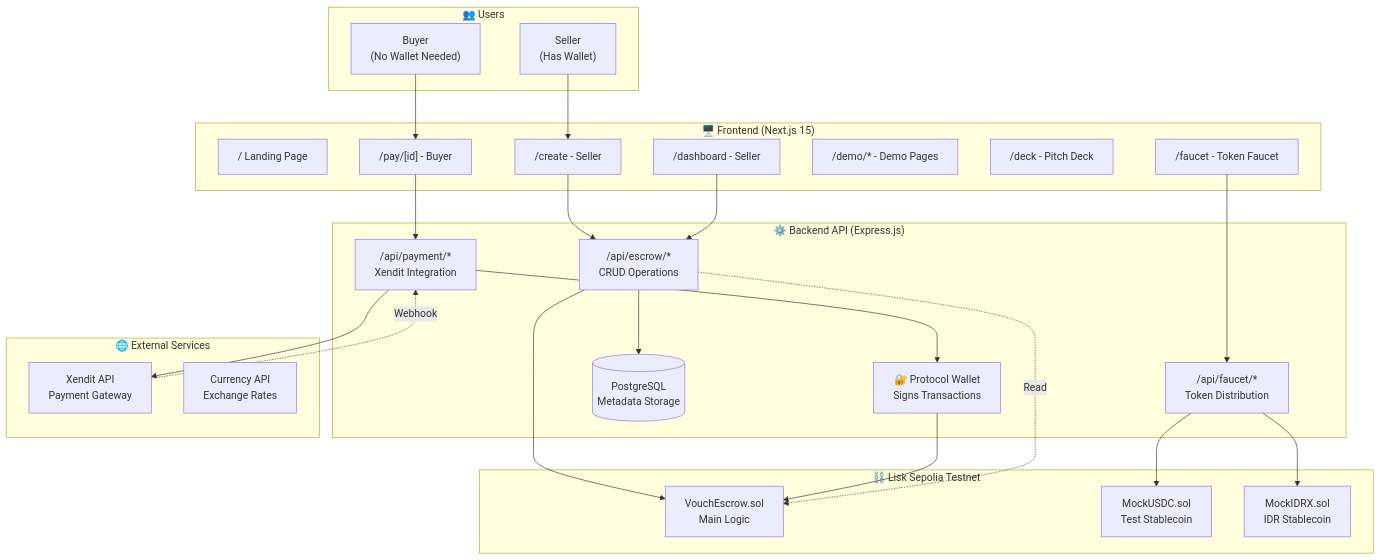
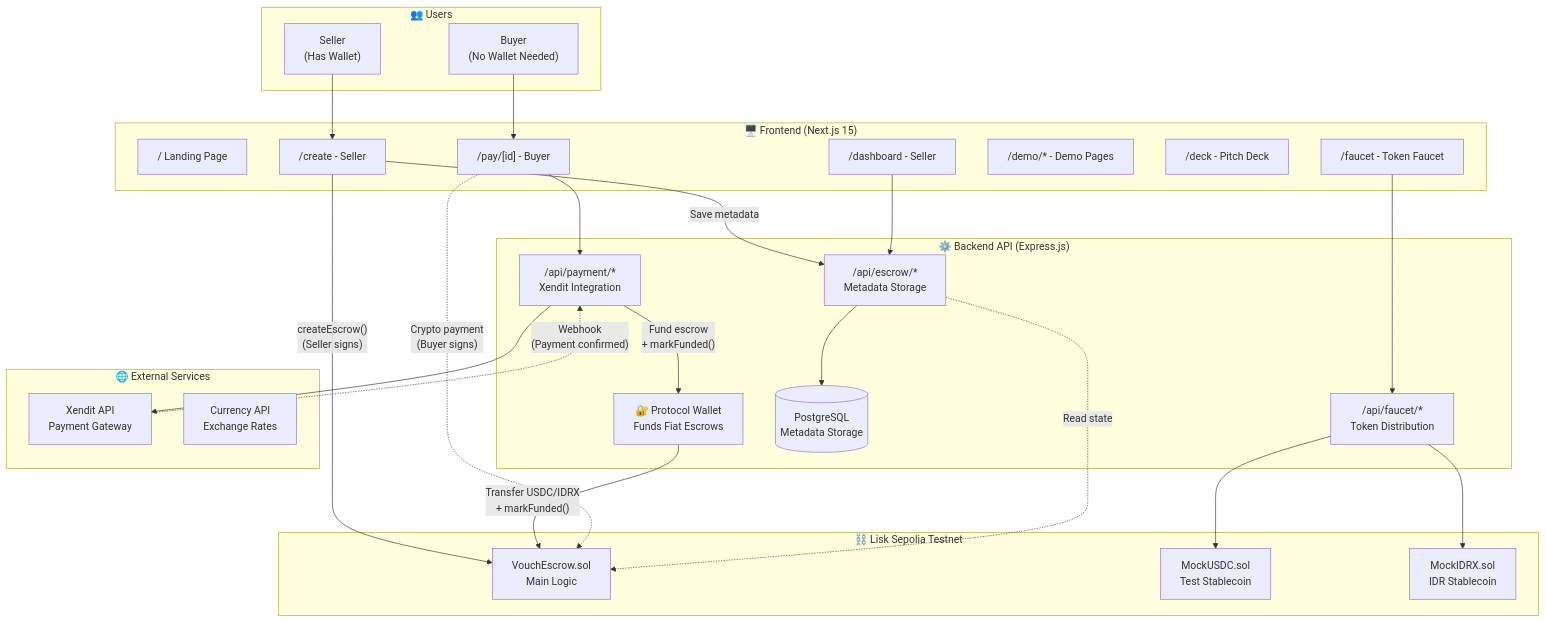
Before and after one commit to pramadanif/vouch: the first of 4 diagrams in README.md, drawn with Mermaid. The commit also changed other lines of this file, not shown here.

````diff
--- a/README.md
+++ b/README.md
@@ -120,56 +120,61 @@
 ```mermaid
 graph TB
     subgraph Users["👥 Users"]
         Seller["Seller<br/>(Has Wallet)"]
         Buyer["Buyer<br/>(No Wallet Needed)"]
     end
 
     subgraph Frontend["🖥️ Frontend (Next.js 15)"]
         Landing["/ Landing Page"]
         Create["/create - Seller"]
         Pay["/pay/[id] - Buyer"]
         Dashboard["/dashboard - Seller"]
         Demo["/demo/* - Demo Pages"]
         Deck["/deck - Pitch Deck"]
         Faucet["/faucet - Token Faucet"]
     end
 
     subgraph Backend["⚙️ Backend API (Express.js)"]
-        EscrowRoutes["/api/escrow/*<br/>CRUD Operations"]
+        EscrowRoutes["/api/escrow/*<br/>Metadata Storage"]
         PaymentRoutes["/api/payment/*<br/>Xendit Integration"]
         FaucetRoutes["/api/faucet/*<br/>Token Distribution"]
         Prisma[(PostgreSQL<br/>Metadata Storage)]
-        HotWallet["🔐 Protocol Wallet<br/>Signs Transactions"]
+        HotWallet["🔐 Protocol Wallet<br/>Funds Fiat Escrows"]
     end
 
     subgraph Blockchain["⛓️ Lisk Sepolia Testnet"]
         VouchEscrow["VouchEscrow.sol<br/>Main Logic"]
         MockUSDC["MockUSDC.sol<br/>Test Stablecoin"]
         MockIDRX["MockIDRX.sol<br/>IDR Stablecoin"]
     end
 
     subgraph External["🌐 External Services"]
         Xendit["Xendit API<br/>Payment Gateway"]
         Currency["Currency API<br/>Exchange Rates"]
     end
 
     Seller --> Create
     Buyer --> Pay
     
-    Create --> EscrowRoutes
+    %% Seller creates escrow directly on-chain
+    Create -->|"createEscrow()<br/>(Seller signs)"| VouchEscrow
+    Create -->|"Save metadata"| EscrowRoutes
     EscrowRoutes --> Prisma
-    EscrowRoutes --> VouchEscrow
     
+    %% Fiat payment flow
     Pay --> PaymentRoutes
     PaymentRoutes --> Xendit
-    Xendit -.Webhook.-> PaymentRoutes
-    PaymentRoutes --> HotWallet
-    HotWallet --> VouchEscrow
+    Xendit -."Webhook<br/>(Payment confirmed)".-> PaymentRoutes
+    PaymentRoutes -->|"Fund escrow<br/>+ markFunded()"| HotWallet
+    HotWallet -->|"Transfer USDC/IDRX<br/>+ markFunded()"| VouchEscrow
+    
+    %% Crypto payment flow (direct)
+    Pay -."Crypto payment<br/>(Buyer signs)".-> VouchEscrow
     
     Dashboard --> EscrowRoutes
     Faucet --> FaucetRoutes
     FaucetRoutes --> MockUSDC
     FaucetRoutes --> MockIDRX
     
-    EscrowRoutes -.Read.-> VouchEscrow
+    EscrowRoutes -."Read state".-> VouchEscrow
 ```
````
